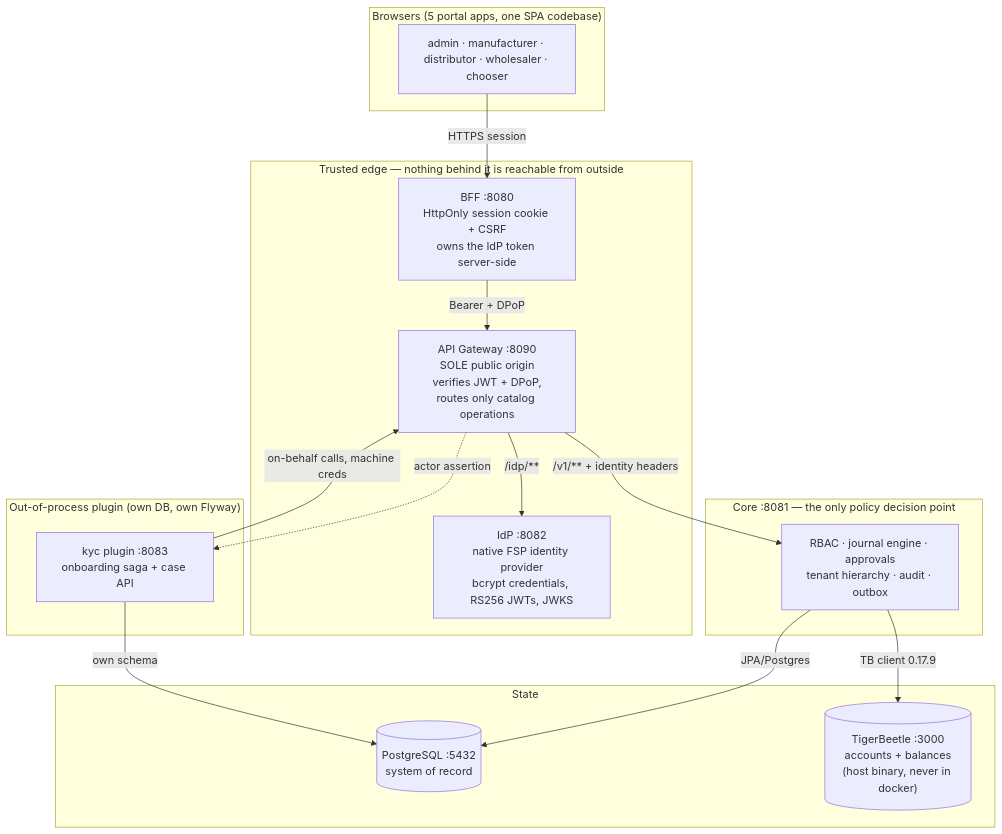
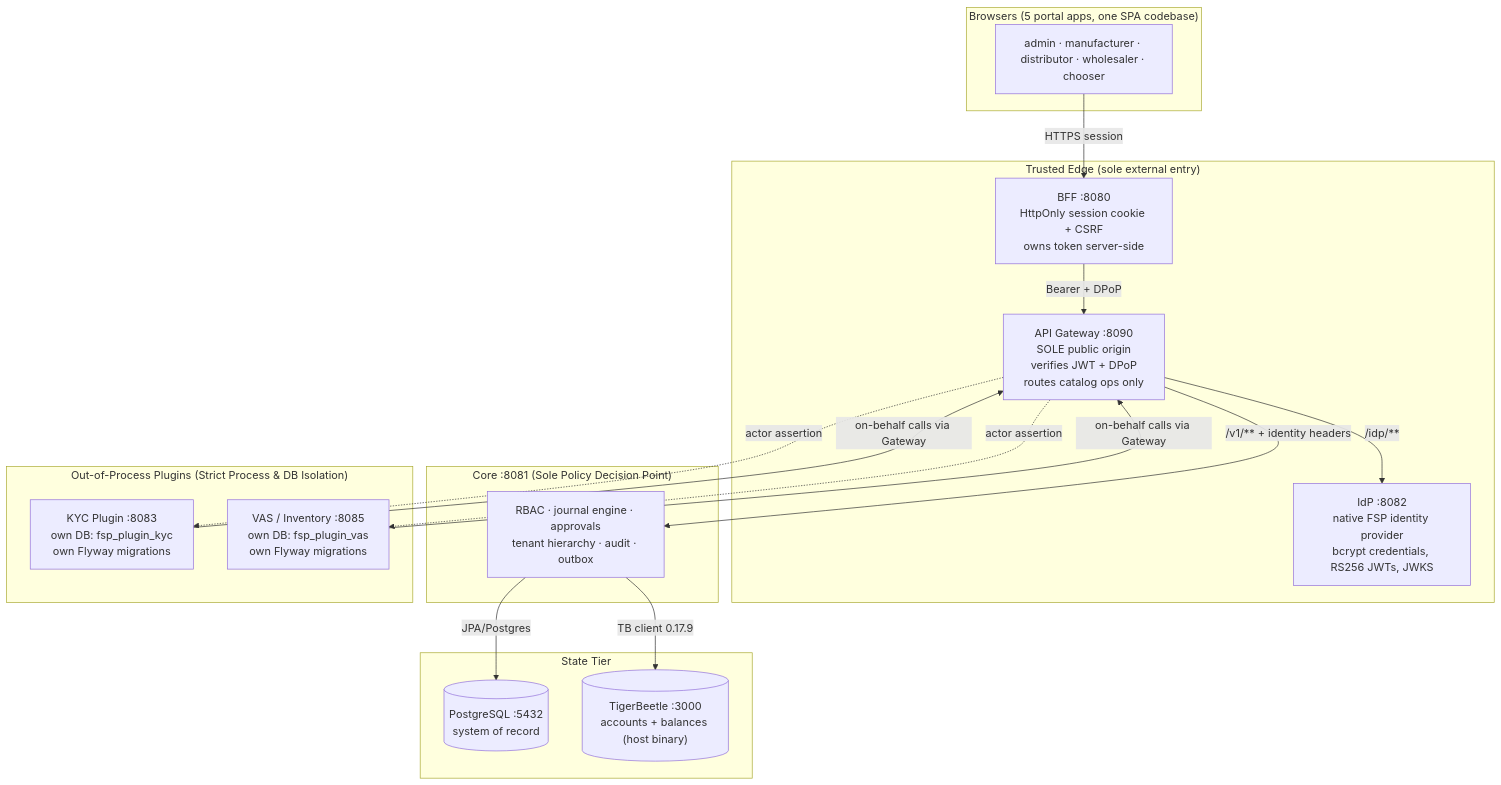
The diagram in docs/architecture.md (FathimaBadar/FinancialServicesPlatform), drawn with Mermaid before and after one commit. The commit also changed other lines of this file and 18 other files, not shown here.

First line of the commit message:
feat(docs): Add architecture documentation for operations, tests, and live document maintenance

````diff
--- a/docs/architecture.md
+++ b/docs/architecture.md
@@ -48,34 +16,34 @@
 ```mermaid
 flowchart TB
     subgraph Browsers["Browsers (5 portal apps, one SPA codebase)"]
         UX["admin · manufacturer · distributor · wholesaler · chooser"]
     end
 
-    subgraph Edge["Trusted edge — nothing behind it is reachable from outside"]
-        BFF["BFF :8080<br/>HttpOnly session cookie + CSRF<br/>owns the IdP token server-side"]
-        GW["API Gateway :8090<br/>SOLE public origin<br/>verifies JWT + DPoP,<br/>routes only catalog operations"]
+    subgraph Edge["Trusted Edge (sole external entry)"]
+        BFF["BFF :8080<br/>HttpOnly session cookie + CSRF<br/>owns token server-side"]
+        GW["API Gateway :8090<br/>SOLE public origin<br/>verifies JWT + DPoP<br/>routes catalog ops only"]
         IDP["IdP :8082<br/>native FSP identity provider<br/>bcrypt credentials, RS256 JWTs, JWKS"]
     end
 
-    subgraph Core["Core :8081 — the only policy decision point"]
+    subgraph Core["Core :8081 (Sole Policy Decision Point)"]
         CORE["RBAC · journal engine · approvals<br/>tenant hierarchy · audit · outbox"]
     end
 
-    subgraph State["State"]
+    subgraph State["State Tier"]
         PG[("PostgreSQL :5432<br/>system of record")]
-        TB[("TigerBeetle :3000<br/>accounts + balances<br/>(host binary, never in docker)")]
+        TB[("TigerBeetle :3000<br/>accounts + balances (host binary)")]
     end
 
-    subgraph Plugins["Out-of-process plugin (own DB, own Flyway)"]
-        KYC["kyc plugin :8083<br/>onboarding saga + case API"]
+    subgraph Plugins["Out-of-Process Plugins (Strict Process & DB Isolation)"]
+        KYC["KYC Plugin :8083<br/>own DB: fsp_plugin_kyc<br/>own Flyway migrations"]
+        VAS["VAS / Inventory :8085<br/>own DB: fsp_plugin_vas<br/>own Flyway migrations"]
     end
 
     UX -->|HTTPS session| BFF -->|Bearer + DPoP| GW
     GW -->|"/idp/**"| IDP
     GW -->|"/v1/** + identity headers"| CORE
-    GW -.->|actor assertion| KYC
-    KYC -->|on-behalf calls, machine creds| GW
+    GW -.->|actor assertion| KYC & VAS
+    KYC & VAS -->|on-behalf calls via Gateway| GW
     CORE -->|JPA/Postgres| PG
     CORE -->|TB client 0.17.9| TB
-    KYC -->|own schema| PG
 ```
````
